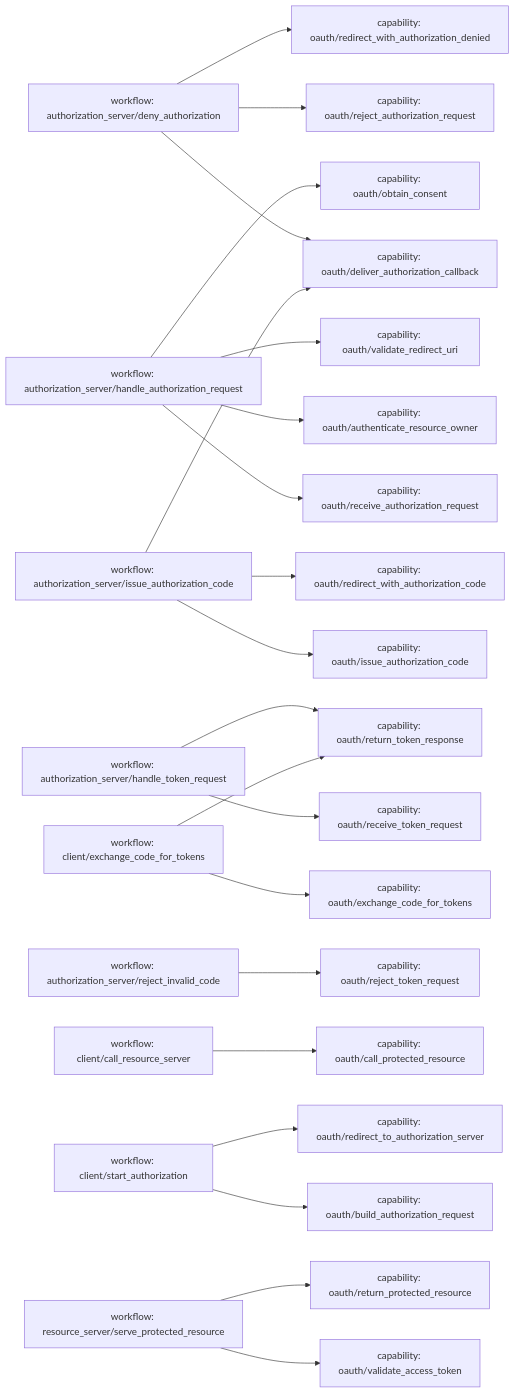
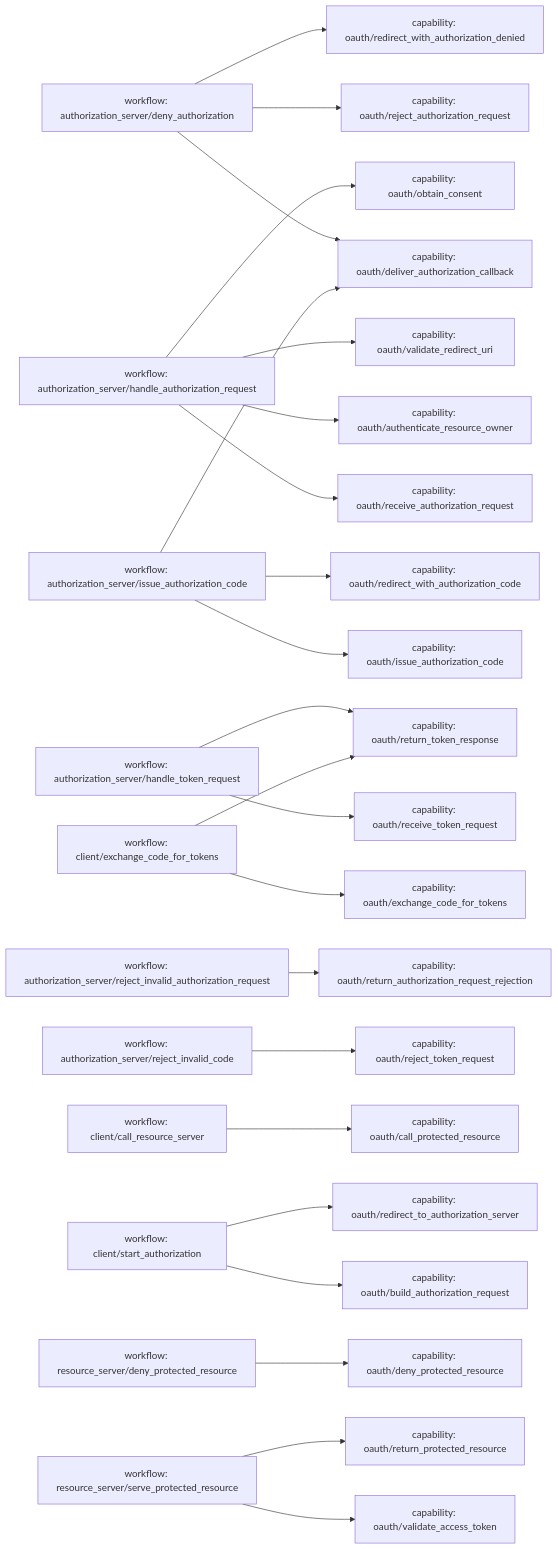
One commit to BehavioML/specifications changed the diagram in examples/oauth-authorization-code/generated/mermaid/workflow-capabilities.mmd. Above: the diagram before and after it, drawn with Mermaid. The commit also changed 22 other files, not shown here.

Commit message:
Improve OAuth authorization code flow readiness (#17)

```diff
--- a/examples/oauth-authorization-code/generated/mermaid/workflow-capabilities.mmd
+++ b/examples/oauth-authorization-code/generated/mermaid/workflow-capabilities.mmd
@@ -1,49 +1,55 @@
 flowchart LR
   W_authorization_server_deny_authorization["workflow: authorization_server/deny_authorization"]
   C_oauth_reject_authorization_request["capability: oauth/reject_authorization_request"]
   C_oauth_redirect_with_authorization_denied["capability: oauth/redirect_with_authorization_denied"]
   C_oauth_deliver_authorization_callback["capability: oauth/deliver_authorization_callback"]
   W_authorization_server_handle_authorization_request["workflow: authorization_server/handle_authorization_request"]
   C_oauth_receive_authorization_request["capability: oauth/receive_authorization_request"]
   C_oauth_authenticate_resource_owner["capability: oauth/authenticate_resource_owner"]
   C_oauth_validate_redirect_uri["capability: oauth/validate_redirect_uri"]
   C_oauth_obtain_consent["capability: oauth/obtain_consent"]
   W_authorization_server_handle_token_request["workflow: authorization_server/handle_token_request"]
   C_oauth_receive_token_request["capability: oauth/receive_token_request"]
   C_oauth_return_token_response["capability: oauth/return_token_response"]
   W_authorization_server_issue_authorization_code["workflow: authorization_server/issue_authorization_code"]
   C_oauth_issue_authorization_code["capability: oauth/issue_authorization_code"]
   C_oauth_redirect_with_authorization_code["capability: oauth/redirect_with_authorization_code"]
+  W_authorization_server_reject_invalid_authorization_request["workflow: authorization_server/reject_invalid_authorization_request"]
+  C_oauth_return_authorization_request_rejection["capability: oauth/return_authorization_request_rejection"]
   W_authorization_server_reject_invalid_code["workflow: authorization_server/reject_invalid_code"]
   C_oauth_reject_token_request["capability: oauth/reject_token_request"]
   W_client_call_resource_server["workflow: client/call_resource_server"]
   C_oauth_call_protected_resource["capability: oauth/call_protected_resource"]
   W_client_exchange_code_for_tokens["workflow: client/exchange_code_for_tokens"]
   C_oauth_exchange_code_for_tokens["capability: oauth/exchange_code_for_tokens"]
   W_client_start_authorization["workflow: client/start_authorization"]
   C_oauth_build_authorization_request["capability: oauth/build_authorization_request"]
   C_oauth_redirect_to_authorization_server["capability: oauth/redirect_to_authorization_server"]
+  W_resource_server_deny_protected_resource["workflow: resource_server/deny_protected_resource"]
+  C_oauth_deny_protected_resource["capability: oauth/deny_protected_resource"]
   W_resource_server_serve_protected_resource["workflow: resource_server/serve_protected_resource"]
   C_oauth_validate_access_token["capability: oauth/validate_access_token"]
   C_oauth_return_protected_resource["capability: oauth/return_protected_resource"]
 
   W_authorization_server_deny_authorization --> C_oauth_reject_authorization_request
   W_authorization_server_deny_authorization --> C_oauth_redirect_with_authorization_denied
   W_authorization_server_deny_authorization --> C_oauth_deliver_authorization_callback
   W_authorization_server_handle_authorization_request --> C_oauth_receive_authorization_request
   W_authorization_server_handle_authorization_request --> C_oauth_authenticate_resource_owner
   W_authorization_server_handle_authorization_request --> C_oauth_validate_redirect_uri
   W_authorization_server_handle_authorization_request --> C_oauth_obtain_consent
   W_authorization_server_handle_token_request --> C_oauth_receive_token_request
   W_authorization_server_handle_token_request --> C_oauth_return_token_response
   W_authorization_server_issue_authorization_code --> C_oauth_issue_authorization_code
   W_authorization_server_issue_authorization_code --> C_oauth_redirect_with_authorization_code
   W_authorization_server_issue_authorization_code --> C_oauth_deliver_authorization_callback
+  W_authorization_server_reject_invalid_authorization_request --> C_oauth_return_authorization_request_rejection
   W_authorization_server_reject_invalid_code --> C_oauth_reject_token_request
   W_client_call_resource_server --> C_oauth_call_protected_resource
   W_client_exchange_code_for_tokens --> C_oauth_exchange_code_for_tokens
   W_client_exchange_code_for_tokens --> C_oauth_return_token_response
   W_client_start_authorization --> C_oauth_build_authorization_request
   W_client_start_authorization --> C_oauth_redirect_to_authorization_server
+  W_resource_server_deny_protected_resource --> C_oauth_deny_protected_resource
   W_resource_server_serve_protected_resource --> C_oauth_validate_access_token
   W_resource_server_serve_protected_resource --> C_oauth_return_protected_resource
```
